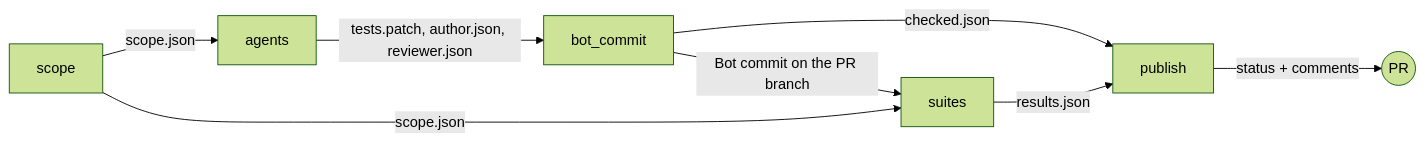
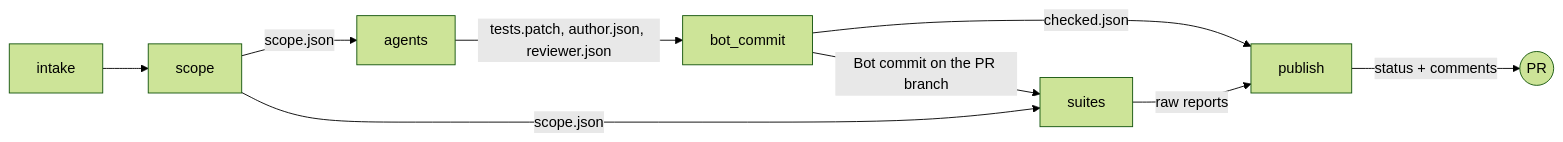
The diagram in docs/pr-run.md (nikitaromanchukdev/taskly-app-node), drawn with Mermaid (forest theme) before and after one commit. The commit also changed other lines of this file and 17 other files, not shown here.

````diff
--- a/docs/pr-run.md
+++ b/docs/pr-run.md
@@ -20,10 +20,10 @@
 ```mermaid
 flowchart LR
-  S[scope] -->|scope.json| A[agents]
+  I[intake] --> S[scope] -->|scope.json| A[agents]
   A -->|tests.patch, author.json, reviewer.json| B[bot_commit]
   B -->|Bot commit on the PR branch| T[suites]
   S -->|scope.json| T
   B -->|checked.json| X[publish]
-  T -->|results.json| X
+  T -->|raw reports| X
   X -->|status + comments| PR((PR))
 ```
````
